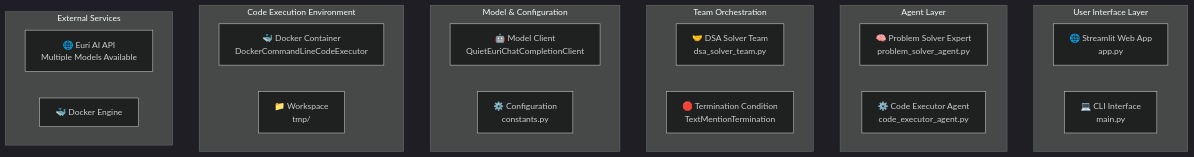
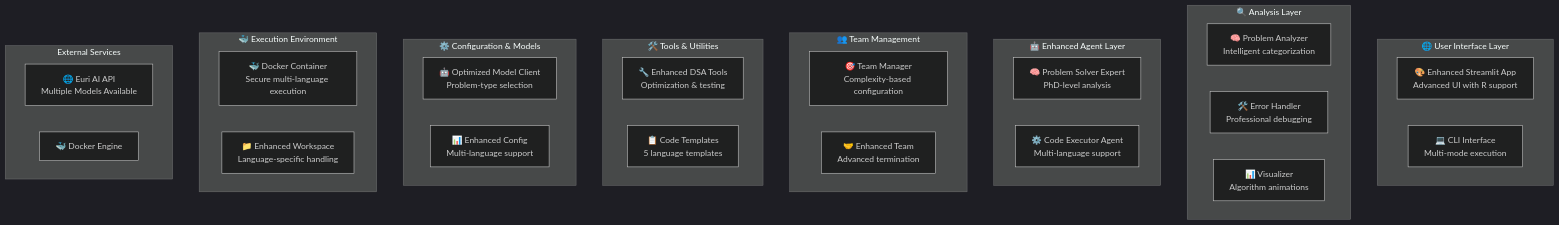
The first of 2 diagrams in README.md (erickyegon/autogen-dsa-solver), drawn with Mermaid (dark theme) before and after one commit. The commit also changed other lines of this file and 20 other files, not shown here.

````diff
--- a/README.md
+++ b/README.md
@@ -26,32 +77,43 @@
 ```mermaid
 graph TB
-    subgraph "User Interface Layer"
-        UI1[🌐 Streamlit Web App<br/>app.py]
-        UI2[💻 CLI Interface<br/>main.py]
+    subgraph "🌐 User Interface Layer"
+        UI1[🎨 Enhanced Streamlit App<br/>Advanced UI with R support]
+        UI2[💻 CLI Interface<br/>Multi-mode execution]
     end
-    
-    subgraph "Agent Layer"
-        PSA[🧠 Problem Solver Expert<br/>problem_solver_agent.py]
-        CEA[⚙️ Code Executor Agent<br/>code_executor_agent.py]
+
+    subgraph "🔍 Analysis Layer"
+        PA[🧠 Problem Analyzer<br/>Intelligent categorization]
+        EH[🛠️ Error Handler<br/>Professional debugging]
+        VIZ[📊 Visualizer<br/>Algorithm animations]
     end
-    
-    subgraph "Team Orchestration"
-        TEAM[🤝 DSA Solver Team<br/>dsa_solver_team.py]
-        TERM[🛑 Termination Condition<br/>TextMentionTermination]
+
+    subgraph "🤖 Enhanced Agent Layer"
+        PSA[🧠 Problem Solver Expert<br/>PhD-level analysis]
+        CEA[⚙️ Code Executor Agent<br/>Multi-language support]
     end
-    
-    subgraph "Model & Configuration"
-        MC[🤖 Model Client<br/>QuietEuriChatCompletionClient]
-        CONF[⚙️ Configuration<br/>constants.py]
+
+    subgraph "👥 Team Management"
+        TM[🎯 Team Manager<br/>Complexity-based configuration]
+        TEAM[🤝 Enhanced Team<br/>Advanced termination]
     end
-    
-    subgraph "Code Execution Environment"
-        DOCKER[🐳 Docker Container<br/>DockerCommandLineCodeExecutor]
-        WORKSPACE[📁 Workspace<br/>tmp/]
+
+    subgraph "🛠️ Tools & Utilities"
+        TOOLS[🔧 Enhanced DSA Tools<br/>Optimization & testing]
+        TEMP[📋 Code Templates<br/>5 language templates]
+    end
+
+    subgraph "⚙️ Configuration & Models"
+        MC[🤖 Optimized Model Client<br/>Problem-type selection]
+        CONF[📊 Enhanced Config<br/>Multi-language support]
+    end
+
+    subgraph "🐳 Execution Environment"
+        DOCKER[🐳 Docker Container<br/>Secure multi-language execution]
+        WORKSPACE[📁 Enhanced Workspace<br/>Language-specific handling]
     end
     
     subgraph "External Services"
         EURI[🌐 Euri AI API<br/>Multiple Models Available]
         DOCKER_ENGINE[🐳 Docker Engine]
     end
 ```
````
